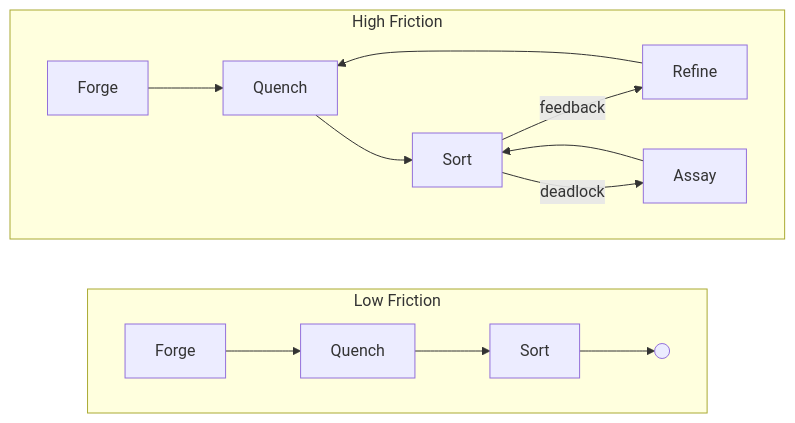
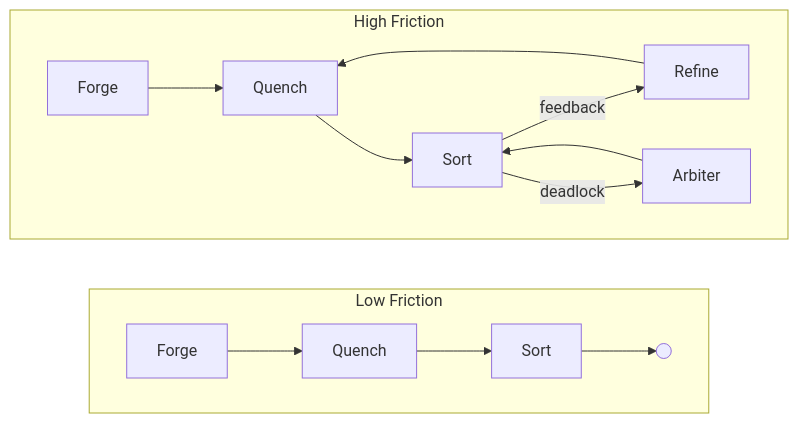
Before and after one commit to really-knows-ai/gideas: the second of 2 diagrams in specs/01-concepts/00-overview.md, drawn with Mermaid. The commit also changed other lines of this file and 34 other files, not shown here.

First line of the commit message:
refactor: decompose Assay into Judiciary subsystem (Arbiter, Tribunal, Advocate, Jury, Clerk)

````diff
--- a/specs/01-concepts/00-overview.md
+++ b/specs/01-concepts/00-overview.md
@@ -131,14 +131,14 @@
 ```mermaid
 flowchart LR
     subgraph low ["Low Friction"]
         direction LR
         F1[Forge] --> Q1[Quench] --> S1[Sort] --> D1(( ))
     end
 
     subgraph high ["High Friction"]
         direction LR
         F2[Forge] --> Q2[Quench] --> S2[Sort]
         S2 -->|feedback| R2[Refine] --> Q2
-        S2 -->|deadlock| A2[Assay] --> S2
+        S2 -->|deadlock| A2[Arbiter] --> S2
     end
 ```
````
